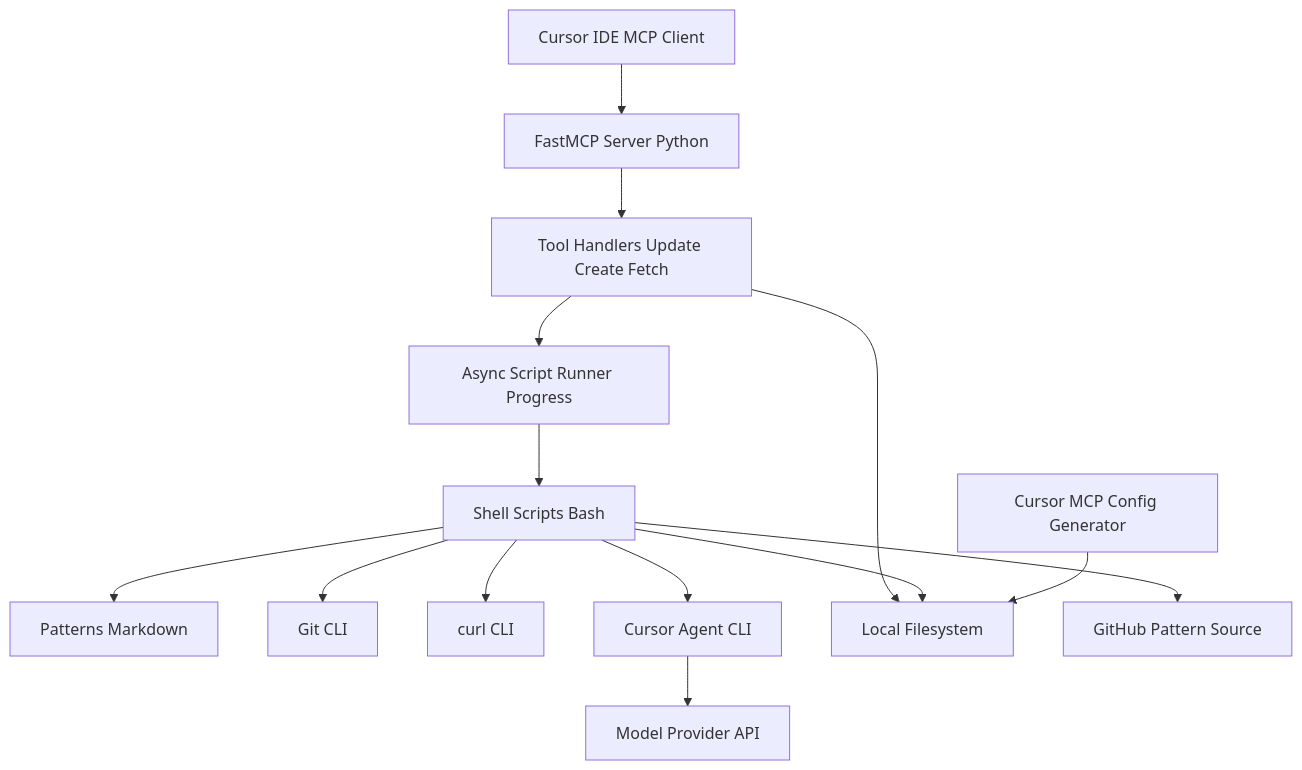
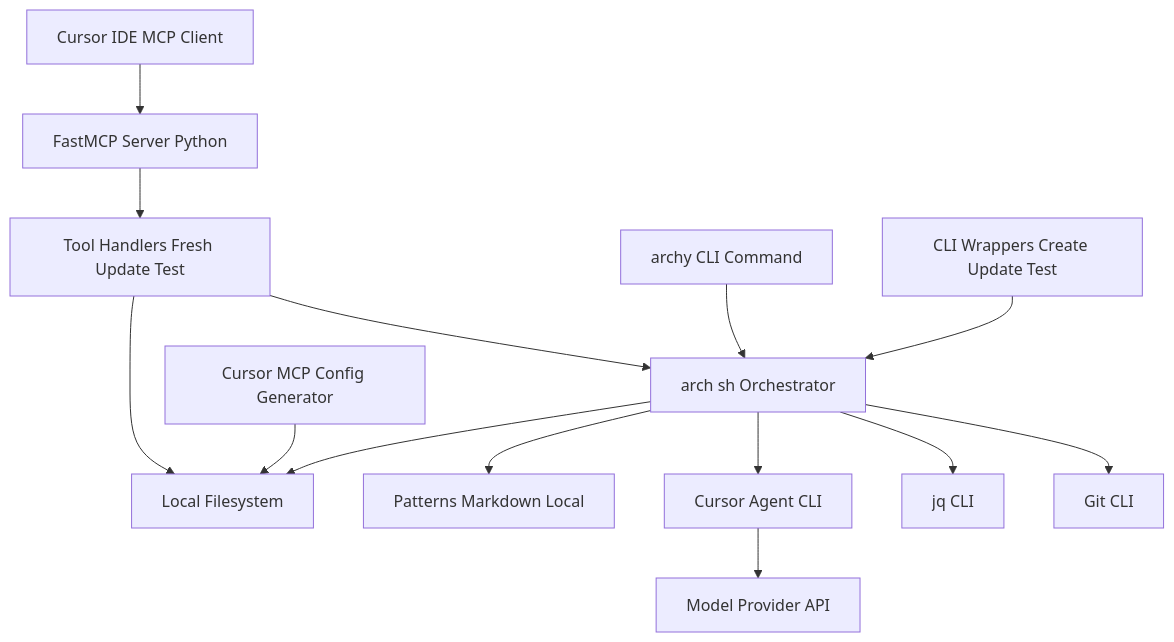
One commit to obzenner/archy changed the second of 3 diagrams in arch.md. Above: the diagram before and after it, drawn with Mermaid. The commit also changed other lines of this file and 4 other files, not shown here.

````diff
--- a/arch.md
+++ b/arch.md
@@ -87,30 +95,30 @@
 ```mermaid
 flowchart TB
     Cursor_Client[Cursor IDE MCP Client]
     MCP_Server[FastMCP Server Python]
-    Tools_Module[Tool Handlers Update Create Fetch]
-    Script_Runner[Async Script Runner Progress]
-    Shell_Scripts[Shell Scripts Bash]
-    Patterns_Library[Patterns Markdown]
+    Tools_Module[Tool Handlers Fresh Update Test]
+    Arch_Orchestrator[arch sh Orchestrator]
+    Archy_CLI[archy CLI Command]
+    CLI_Wrappers[CLI Wrappers Create Update Test]
+    Patterns_Library[Patterns Markdown Local]
     Config_Generator[Cursor MCP Config Generator]
     Git_CLI[Git CLI]
-    Curl_CLI[curl CLI]
+    jq_CLI[jq CLI]
     Cursor_Agent[Cursor Agent CLI]
     File_System[Local Filesystem]
     Model_API[Model Provider API]
-    GitHub_Source[GitHub Pattern Source]
 
     Cursor_Client --> MCP_Server
     MCP_Server --> Tools_Module
-    Tools_Module --> Script_Runner
+    Tools_Module --> Arch_Orchestrator
     Tools_Module --> File_System
-    Script_Runner --> Shell_Scripts
-    Shell_Scripts --> Git_CLI
-    Shell_Scripts --> Curl_CLI
-    Shell_Scripts --> File_System
-    Shell_Scripts --> Cursor_Agent
-    Shell_Scripts --> Patterns_Library
-    Shell_Scripts --> GitHub_Source
+    CLI_Wrappers --> Arch_Orchestrator
+    Archy_CLI --> Arch_Orchestrator
+    Arch_Orchestrator --> Git_CLI
+    Arch_Orchestrator --> jq_CLI
+    Arch_Orchestrator --> Cursor_Agent
+    Arch_Orchestrator --> Patterns_Library
+    Arch_Orchestrator --> File_System
     Config_Generator --> File_System
     Cursor_Agent --> Model_API
 ```
````
